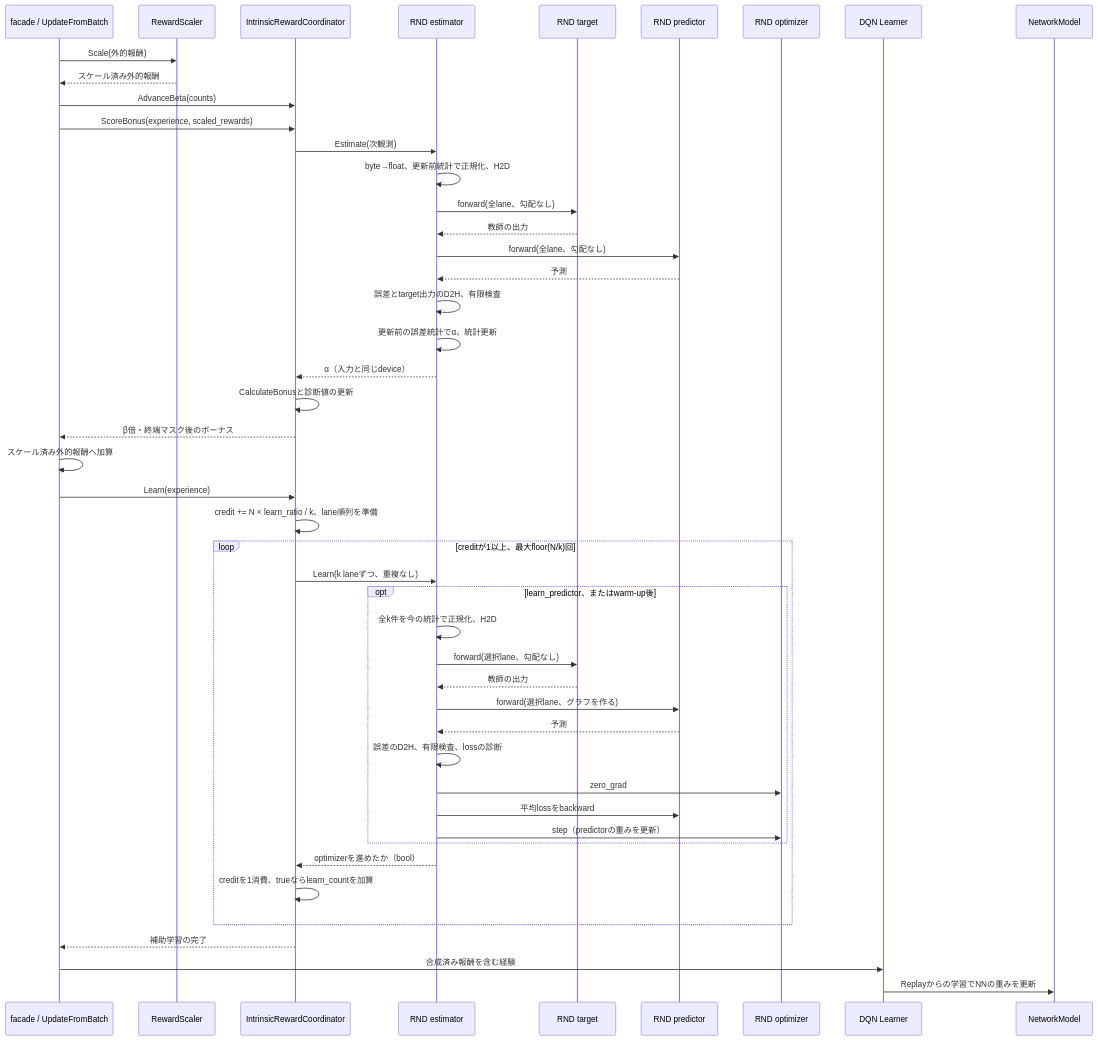
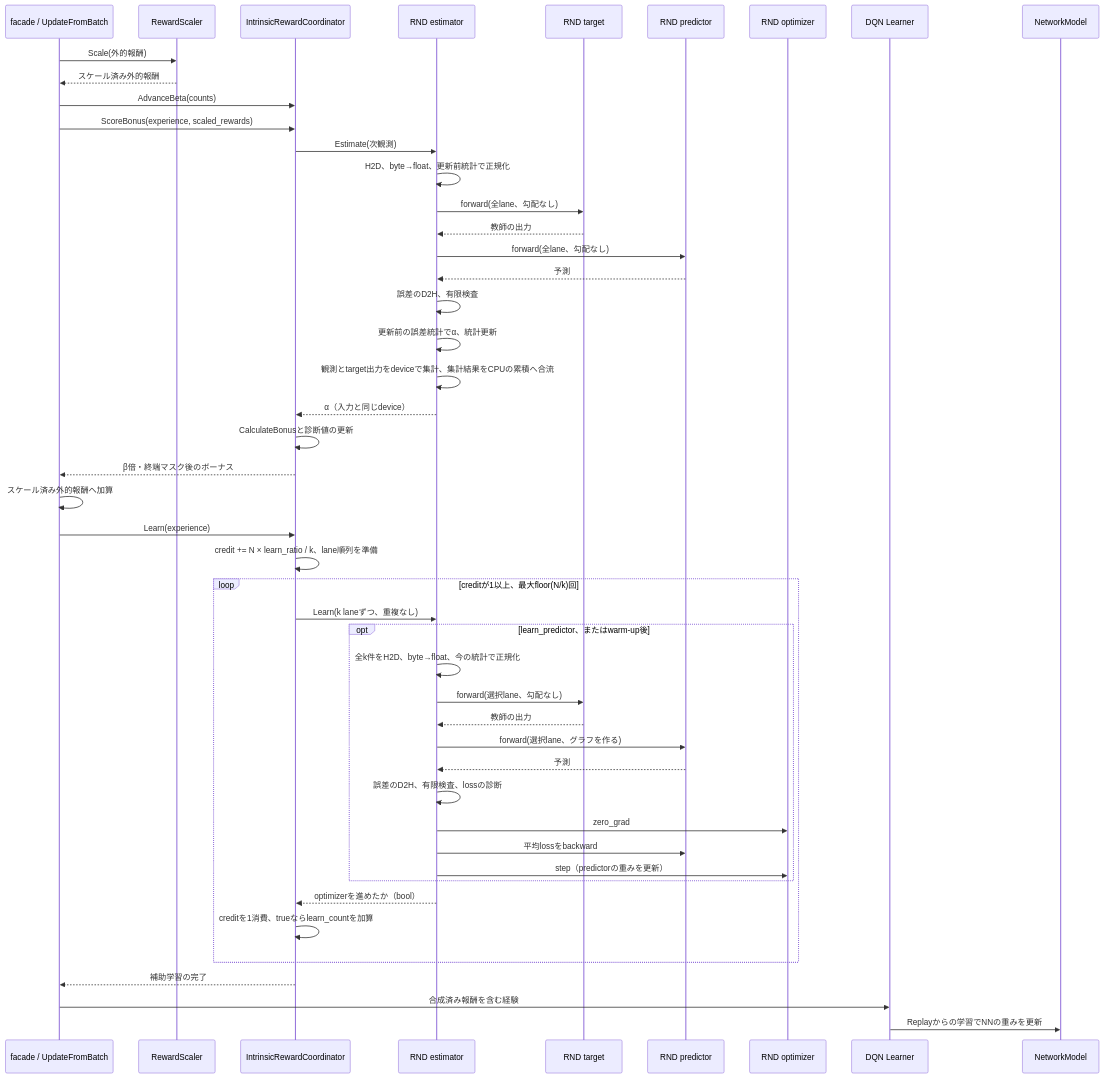
The third of 4 diagrams in docs/design/212_rnd_lifelong_novelty.jp.md (kazukin123/anet-lab), drawn with Mermaid before and after one commit. The commit also changed other lines of this file and 21 other files, not shown here.

````diff
--- a/docs/design/212_rnd_lifelong_novelty.jp.md
+++ b/docs/design/212_rnd_lifelong_novelty.jp.md
@@ -294,49 +296,50 @@
 ```mermaid
 sequenceDiagram
     participant F as facade / UpdateFromBatch
     participant S as RewardScaler
     participant C as IntrinsicRewardCoordinator
     participant R as RND estimator
     participant T as RND target
     participant P as RND predictor
     participant O as RND optimizer
     participant L as DQN Learner
     participant N as NetworkModel
     F->>S: Scale(外的報酬)
     S-->>F: スケール済み外的報酬
     F->>C: AdvanceBeta(counts)
     F->>C: ScoreBonus(experience, scaled_rewards)
     C->>R: Estimate(次観測)
-    R->>R: byte→float、更新前統計で正規化、H2D
+    R->>R: H2D、byte→float、更新前統計で正規化
     R->>T: forward(全lane、勾配なし)
     T-->>R: 教師の出力
     R->>P: forward(全lane、勾配なし)
     P-->>R: 予測
-    R->>R: 誤差とtarget出力のD2H、有限検査
+    R->>R: 誤差のD2H、有限検査
     R->>R: 更新前の誤差統計でα、統計更新
+    R->>R: 観測とtarget出力をdeviceで集計、集計結果をCPUの累積へ合流
     R-->>C: α（入力と同じdevice）
     C->>C: CalculateBonusと診断値の更新
     C-->>F: β倍・終端マスク後のボーナス
     F->>F: スケール済み外的報酬へ加算
     F->>C: Learn(experience)
     C->>C: credit += N × learn_ratio / k、lane順列を準備
     loop creditが1以上、最大floor(N/k)回
         C->>R: Learn(k laneずつ、重複なし)
         opt learn_predictor、またはwarm-up後
-        R->>R: 全k件を今の統計で正規化、H2D
+        R->>R: 全k件をH2D、byte→float、今の統計で正規化
         R->>T: forward(選択lane、勾配なし)
         T-->>R: 教師の出力
         R->>P: forward(選択lane、グラフを作る)
         P-->>R: 予測
         R->>R: 誤差のD2H、有限検査、lossの診断
         R->>O: zero_grad
         R->>P: 平均lossをbackward
         R->>O: step（predictorの重みを更新）
         end
         R-->>C: optimizerを進めたか（bool）
         C->>C: creditを1消費、trueならlearn_countを加算
     end
     C-->>F: 補助学習の完了
     F->>L: 合成済み報酬を含む経験
     L->>N: Replayからの学習でNNの重みを更新
 ```
````
